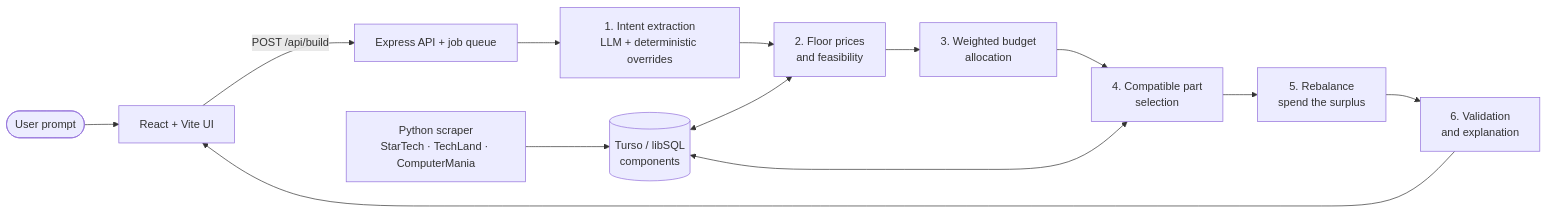
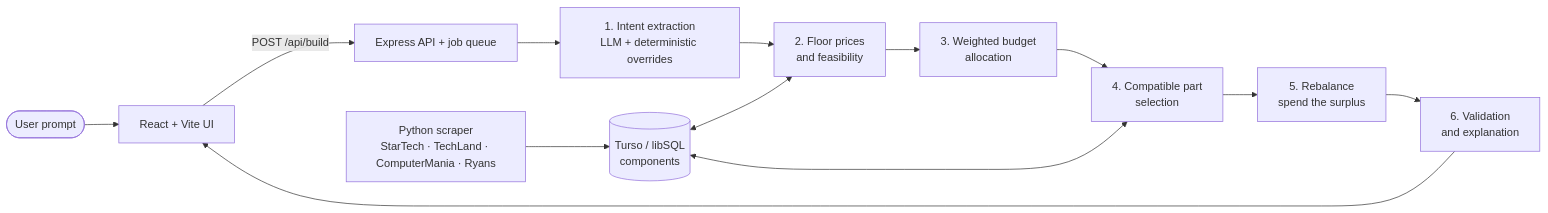
One commit to sheikhhossainn/pcbuilding-agent changed the diagram in README.md. Above: the diagram before and after it, drawn with Mermaid. The commit also changed other lines of this file and 15 other files, not shown here.

````diff
--- a/README.md
+++ b/README.md
@@ -61,15 +61,15 @@
 ```mermaid
 flowchart LR
     U([User prompt]) --> UI[React + Vite UI]
     UI -- POST /api/build --> API[Express API + job queue]
     API --> I[1. Intent extraction<br/>LLM + deterministic overrides]
     I --> F[2. Floor prices<br/>and feasibility]
     F --> A[3. Weighted budget<br/>allocation]
     A --> S[4. Compatible part<br/>selection]
     S --> R[5. Rebalance<br/>spend the surplus]
     R --> V[6. Validation<br/>and explanation]
     V --> UI
     DB[(Turso / libSQL<br/>components)] <--> F
     DB <--> S
-    SC[Python scraper<br/>StarTech · TechLand · ComputerMania] --> DB
+    SC[Python scraper<br/>StarTech · TechLand · ComputerMania · Ryans] --> DB
 ```
````
